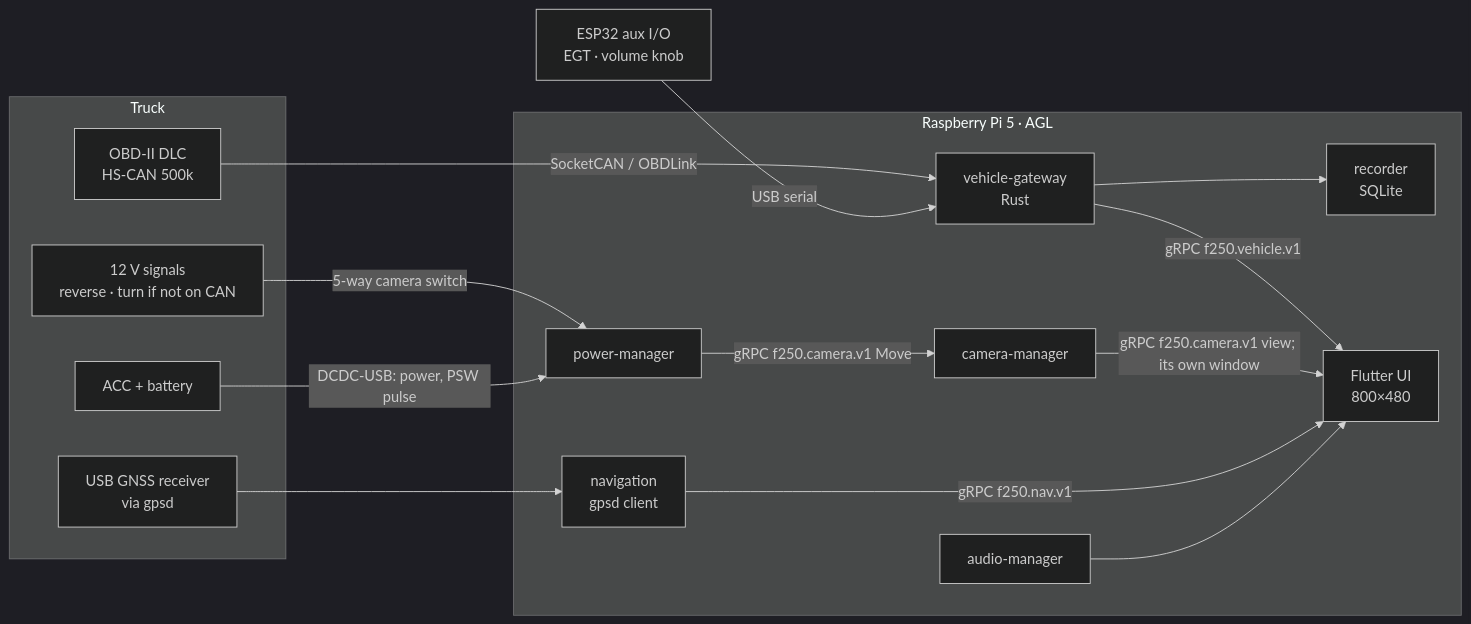
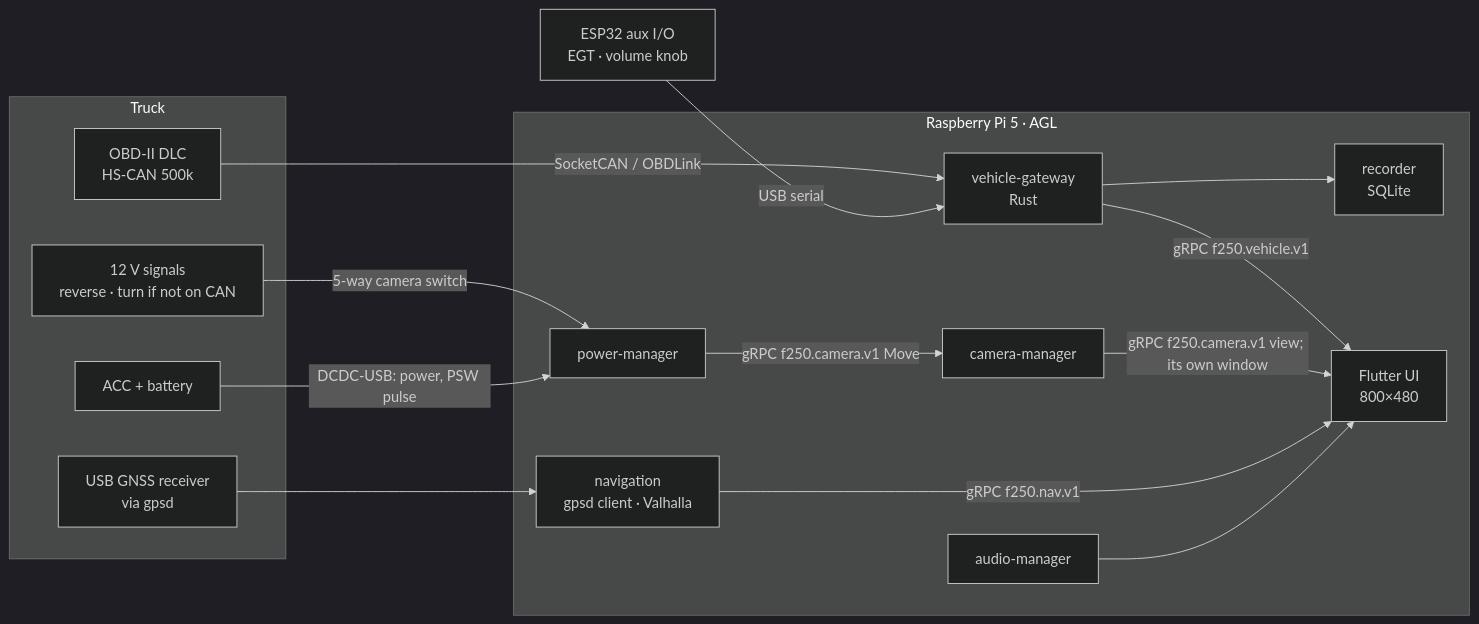
One commit to darickc/TruckDashboard changed the diagram in README.md. Above: the diagram before and after it, drawn with Mermaid (dark theme). The commit also changed other lines of this file and 53 other files, not shown here.

````diff
--- a/README.md
+++ b/README.md
@@ -68,29 +68,29 @@
 ```mermaid
 flowchart LR
   subgraph Truck
     DLC[OBD-II DLC<br/>HS-CAN 500k]
     IN[12 V signals<br/>reverse · turn if not on CAN]
     ACC[ACC + battery]
     GNSS[USB GNSS receiver<br/>via gpsd]
   end
   subgraph Pi5[Raspberry Pi 5 · AGL]
     GW[vehicle-gateway<br/>Rust]
     REC[recorder<br/>SQLite]
     PWR[power-manager]
     CAM[camera-manager]
-    NAV[navigation<br/>gpsd client]
+    NAV[navigation<br/>gpsd client · Valhalla]
     AUD[audio-manager]
     UI[Flutter UI<br/>800×480]
   end
   DLC -- SocketCAN / OBDLink --> GW
   IN -- 5-way camera switch --> PWR
   ACC -- DCDC-USB: power, PSW pulse --> PWR
   GW -- gRPC f250.vehicle.v1 --> UI
   GW --> REC
   PWR -- gRPC f250.camera.v1 Move --> CAM
   CAM -- gRPC f250.camera.v1 view; its own window --> UI
   GNSS --> NAV
   NAV -- gRPC f250.nav.v1 --> UI
   AUD --> UI
   ESP[ESP32 aux I/O<br/>EGT · volume knob] -- USB serial --> GW
 ```
````
